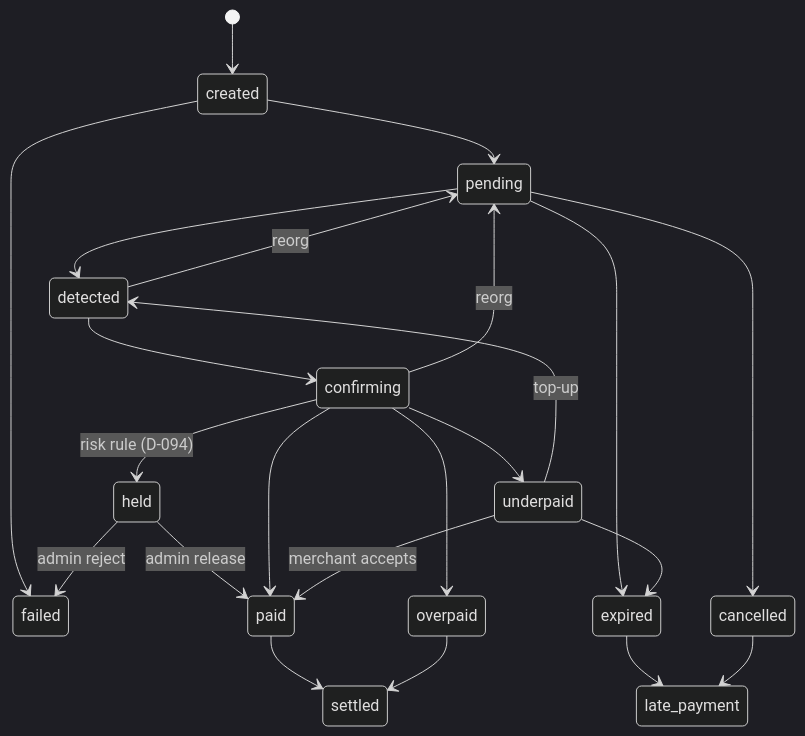
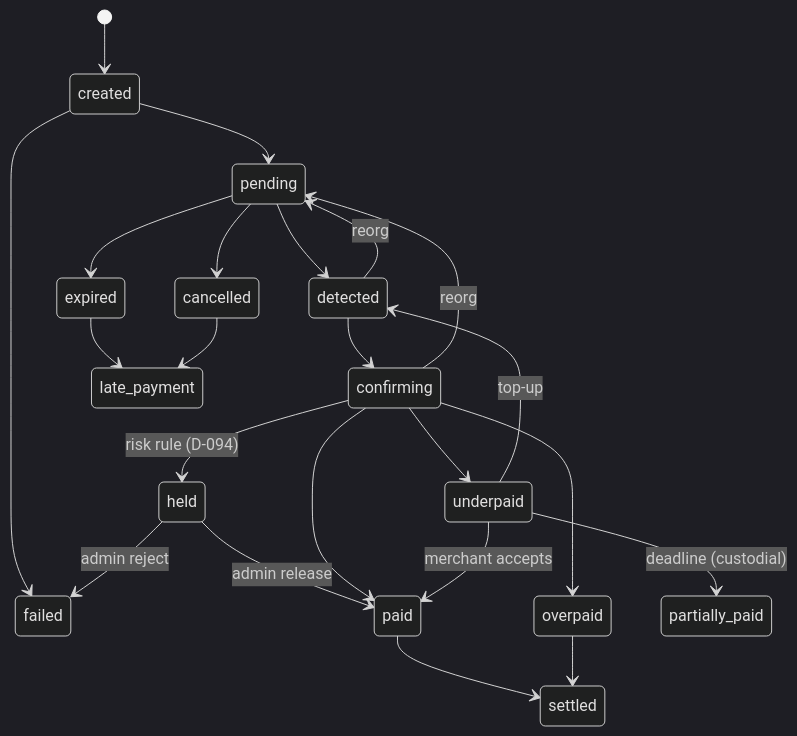
One commit to sumit-kotiya789/gateway changed the second of 2 diagrams in docs/ARCHITECTURE.md. Above: the diagram before and after it, drawn with Mermaid (dark theme). The commit also changed other lines of this file and 29 other files, not shown here.

First line of the commit message:
feat: custodial underpaid invoices close as partially paid (D-099)

````diff
--- a/docs/ARCHITECTURE.md
+++ b/docs/ARCHITECTURE.md
@@ -109,25 +109,25 @@
 ```mermaid
 stateDiagram-v2
   [*] --> created
   created --> pending
   created --> failed
   pending --> detected
   pending --> expired
   pending --> cancelled
   detected --> confirming
   detected --> pending: reorg
   confirming --> pending: reorg
   confirming --> held: risk rule (D-094)
   held --> paid: admin release
   held --> failed: admin reject
   confirming --> paid
   confirming --> underpaid
   confirming --> overpaid
   underpaid --> detected: top-up
   underpaid --> paid: merchant accepts
-  underpaid --> expired
+  underpaid --> partially_paid: deadline (custodial)
   paid --> settled
   overpaid --> settled
   expired --> late_payment
   cancelled --> late_payment
 ```
````
